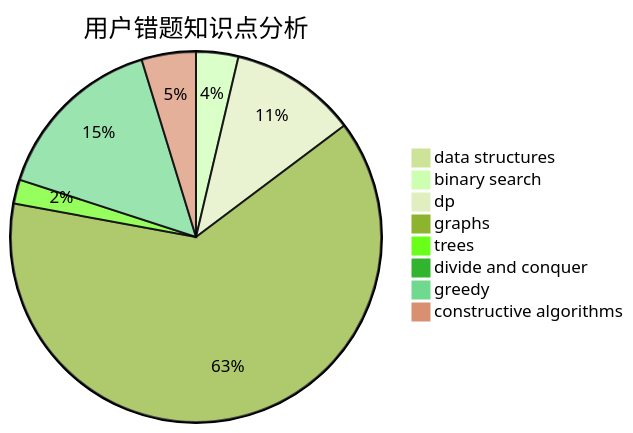
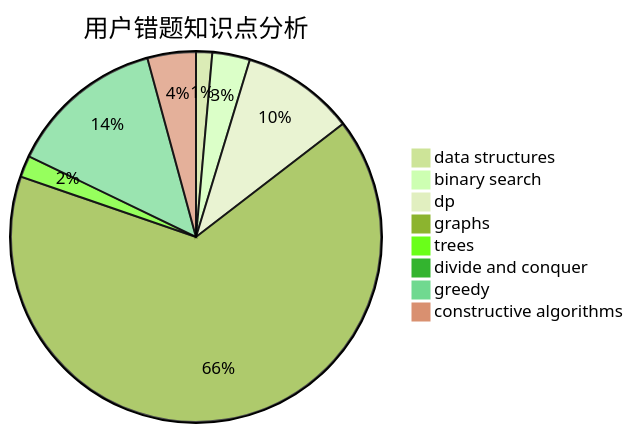
The third of 3 diagrams in docs/user/u2073.md (sherpahu/cfrs.github.io), drawn with Mermaid (forest theme) before and after one commit. The commit also changed other lines of this file and 2770 other files, not shown here.

````diff
--- a/docs/user/u2073.md
+++ b/docs/user/u2073.md
@@ -36,11 +36,11 @@
 ```mermaid
 pie title 用户错题知识点分析
-    "data structures" :  1
+    "data structures" :  3
     "binary search" :  7
     "dp" :  21
-    "graphs" :  120
+    "graphs" :  140
     "trees" :  4
     "divide and conquer" :  0
     "greedy" :  29
     "constructive algorithms" :  9
 ```
````
